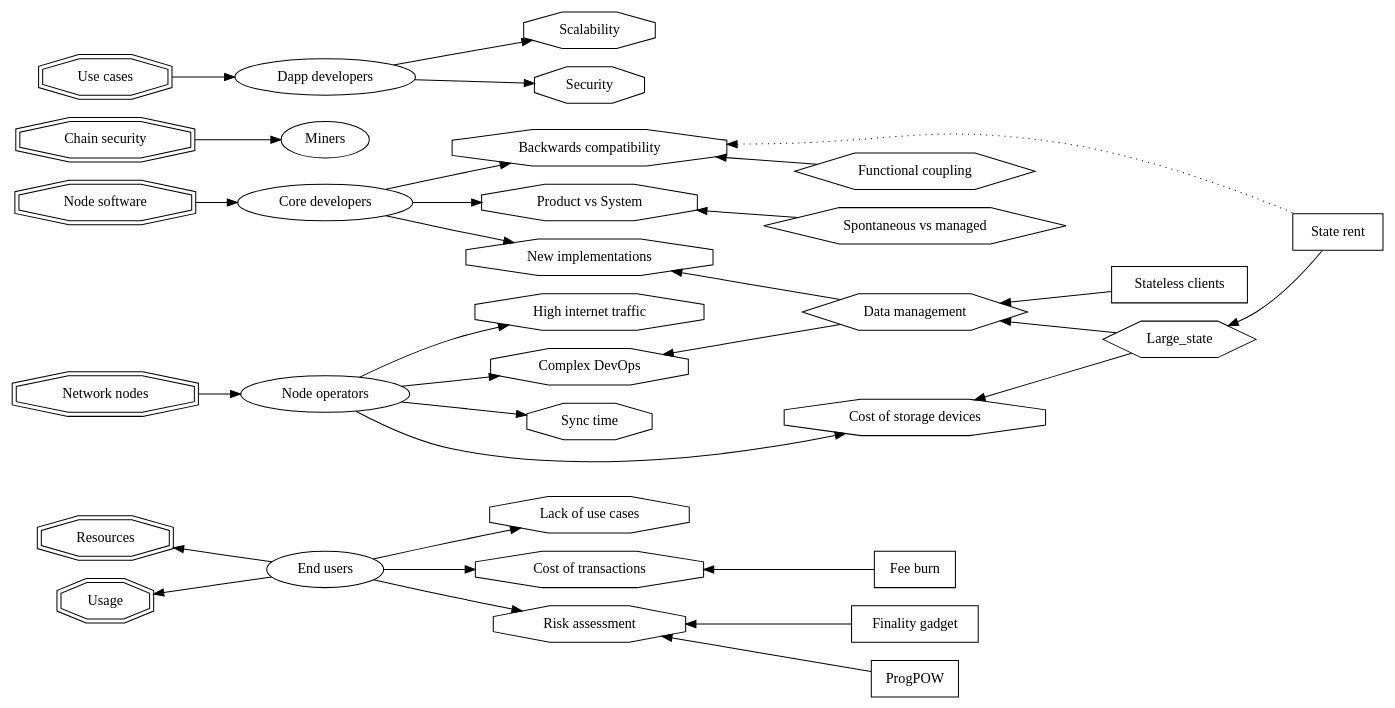
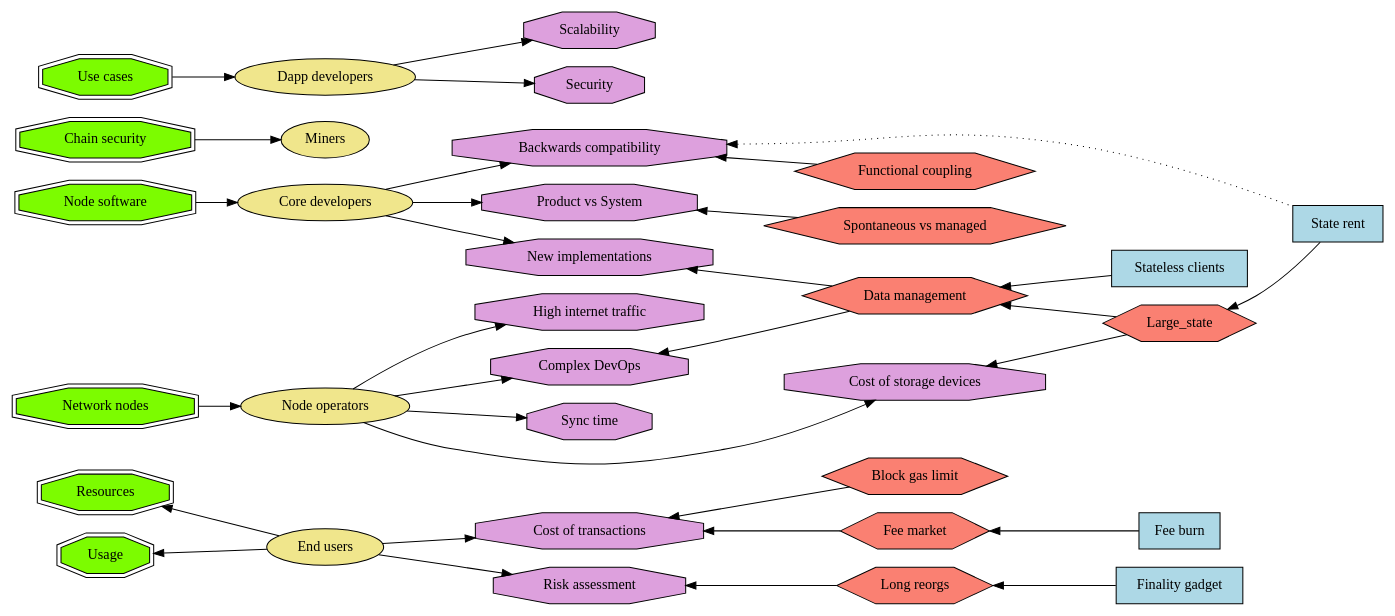
One commit to ledgerwatch/eth_state changed diagram 13 of 13 in Ethereum1x_definition.md. Above: the diagram before and after it, drawn with Graphviz. The commit also changed other lines of this file, not shown here.

````diff
--- a/Ethereum1x_definition.md
+++ b/Ethereum1x_definition.md
@@ -196,67 +195,73 @@
 ```graphviz
 digraph agents {
 rankdir=LR;
-end_users [label="End users" href="#End-users-agent"];
+end_users [label="End users" href="#End-users-agent" style=filled fillcolor=khaki];
 
-resources [label="Resources" shape="doubleoctagon"];
-usage [label="Usage" shape="doubleoctagon"];
-no_usecases [label="Lack of use cases" shape="octagon"];
-tx_cost [label="Cost of transactions" shape="octagon"];
-tx_safety [label="Risk assessment" shape="octagon"];
+resources [label="Resources" shape=doubleoctagon style=filled fillcolor=lawngreen];
+usage [label="Usage" shape=doubleoctagon style=filled fillcolor=lawngreen];
+tx_cost [label="Cost of transactions" shape=octagon style=filled fillcolor=plum];
+tx_safety [label="Risk assessment" shape=octagon style=filled fillcolor=plum];
 {resources usage} -> end_users [dir="back"]
-end_users -> {tx_cost tx_safety no_usecases}
-fee_burn [label="Fee burn" shape="box"];
-tx_cost -> fee_burn [dir=back];
-finality_gadget [label="Finality gadget" shape="box"];
-tx_safety -> finality_gadget [dir=back];
-progpow [label="ProgPOW" shape="box"];
-tx_safety -> progpow [dir=back];
+end_users -> {tx_cost tx_safety}
 
-node_ops [label="Node operators"];
-nodes [label="Network nodes" shape="doubleoctagon"];
+gas_limit [label="Block gas limit" shape=hexagon style=filled fillcolor=salmon];
+tx_cost -> gas_limit [dir=back];
+fee_market [label="Fee market" shape=hexagon style=filled fillcolor=salmon];
+tx_cost -> fee_market [dir=back];
+
+fee_burn [label="Fee burn" shape=box style=filled fillcolor=lightblue];
+fee_market -> fee_burn [dir=back];
+
+reorgs [label="Long reorgs" shape=hexagon style=filled fillcolor=salmon]
+tx_safety -> reorgs [dir=back];
+finality_gadget [label="Finality gadget" shape=box style=filled fillcolor=lightblue];
+reorgs -> finality_gadget [dir=back];
+
+node_ops [label="Node operators" style=filled fillcolor=khaki];
+nodes [label="Network nodes" shape=doubleoctagon style=filled fillcolor=lawngreen];
 nodes -> node_ops;
-storage_devices [label="Cost of storage devices" shape="octagon"];
-traffic [label="High internet traffic" shape="octagon"];
-dev_ops [label="Complex DevOps" shape="octagon"];
-sync_time [label="Sync time" shape="octagon"];
+storage_devices [label="Cost of storage devices" shape=octagon style=filled fillcolor=plum];
+traffic [label="High internet traffic" shape=octagon style=filled fillcolor=plum];
+dev_ops [label="Complex DevOps" shape=octagon style=filled fillcolor=plum];
+sync_time [label="Sync time" shape=octagon style=filled fillcolor=plum];
 node_ops -> {storage_devices traffic dev_ops sync_time}
 
-miners [label="Miners"];
-chain_security [label="Chain security" shape="doubleoctagon"];
+miners [label="Miners" style=filled fillcolor=khaki];
+chain_security [label="Chain security" shape=doubleoctagon style=filled fillcolor=lawngreen];
 chain_security -> miners;
 
-dapp_devs [label="Dapp developers"];
-use_cases [label="Use cases" shape="doubleoctagon"];
+dapp_devs [label="Dapp developers" style=filled fillcolor=khaki];
+use_cases [label="Use cases" shape=doubleoctagon style=filled fillcolor=lawngreen];
 use_cases -> dapp_devs;
-scalability [label="Scalability" shape="octagon"];
-security [label="Security" shape="octagon"];
+scalability [label="Scalability" shape=octagon style=filled fillcolor=plum];
+security [label="Security" shape=octagon style=filled fillcolor=plum];
 dapp_devs -> scalability;
 dapp_devs -> security;
 
-core_devs [label="Core developers"];
-software [label="Node software" shape="doubleoctagon"];
+core_devs [label="Core developers" style=filled fillcolor=khaki];
+software [label="Node software" shape=doubleoctagon style=filled fillcolor=lawngreen];
 software -> core_devs;
-new_implementations [label="New implementations" shape="octagon"];
-product_vs_system [label="Product vs System" shape="octagon"];
-backwards_compatibility [label="Backwards compatibility" shape="octagon"]
+new_implementations [label="New implementations" shape=octagon style=filled fillcolor=plum];
+product_vs_system [label="Product vs System" shape=octagon style=filled fillcolor=plum];
+backwards_compatibility [label="Backwards compatibility" shape=octagon style=filled fillcolor=plum]
 core_devs -> {new_implementations product_vs_system backwards_compatibility};
 
-data_management [label="Data management" shape="hexagon"];
+data_management [label="Data management" shape=hexagon style=filled fillcolor=salmon];
 dev_ops -> data_management [dir=back];
 new_implementations -> data_management [dir=back];
-large_state [label="Large_state" shape="hexagon"]
+large_state [label="Large_state" shape=hexagon style=filled fillcolor=salmon];
 data_management -> large_state [dir=back];
 storage_devices -> large_state [dir=back];
-functional_coupling [label="Functional coupling" shape="hexagon"];
+functional_coupling [label="Functional coupling" shape=hexagon style=filled fillcolor=salmon];
 backwards_compatibility -> functional_coupling [dir=back];
-spontaneous_vs_managed [label="Spontaneous vs managed" shape="hexagon"];
+spontaneous_vs_managed [label="Spontaneous vs managed" shape=hexagon style=filled fillcolor=salmon];
 product_vs_system -> spontaneous_vs_managed [dir=back];
 
-state_rent [label="State rent" shape="box"];
+state_rent [label="State rent" shape=box style=filled fillcolor=lightblue];
 large_state -> state_rent [dir=back];
 backwards_compatibility -> state_rent [dir=back style="dotted"];
 
-stateless [label="Stateless clients" shape="box"];
+stateless [label="Stateless clients" shape=box style=filled fillcolor=lightblue];
 data_management -> stateless [dir=back];
 }
 ```
````
